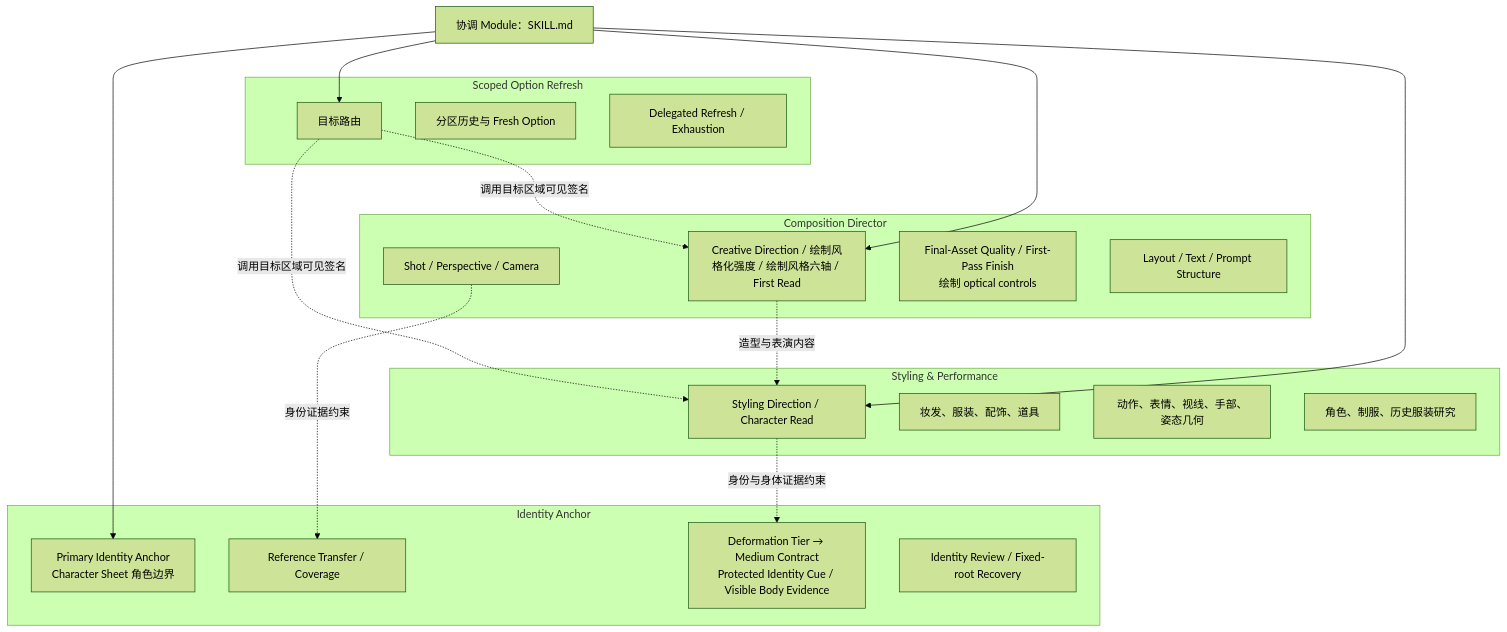
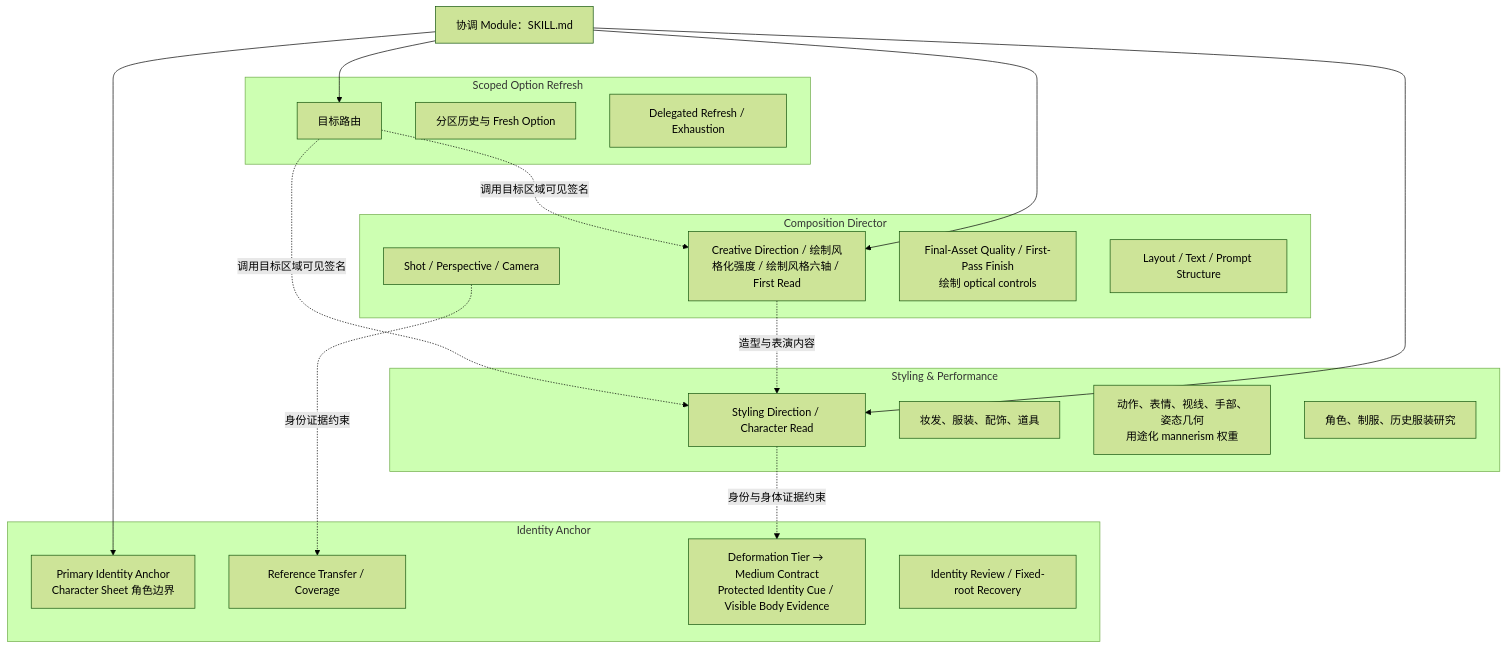
The second of 13 diagrams in docs/architecture.md (cyaoc/cast-me), drawn with Mermaid (forest theme) before and after one commit. The commit also changed other lines of this file and 5 other files, not shown here.

````diff
--- a/docs/architecture.md
+++ b/docs/architecture.md
@@ -64,41 +64,41 @@
 ```mermaid
 flowchart TB
     K["协调 Module：SKILL.md"]
 
     subgraph ID["Identity Anchor"]
         I1["Primary Identity Anchor<br/>Character Sheet 角色边界"]
         I2["Reference Transfer / Coverage"]
         I3["Deformation Tier → Medium Contract<br/>Protected Identity Cue / Visible Body Evidence"]
         I4["Identity Review / Fixed-root Recovery"]
     end
 
     subgraph COMP["Composition Director"]
         C1["Creative Direction / 绘制风格化强度 / 绘制风格六轴 / First Read"]
         C2["Shot / Perspective / Camera"]
         C3["Final-Asset Quality / First-Pass Finish<br/>绘制 optical controls"]
         C4["Layout / Text / Prompt Structure"]
     end
 
     subgraph STYLE["Styling & Performance"]
         S1["Styling Direction / Character Read"]
         S2["妆发、服装、配饰、道具"]
-        S3["动作、表情、视线、手部、姿态几何"]
+        S3["动作、表情、视线、手部、姿态几何<br/>用途化 mannerism 权重"]
         S4["角色、制服、历史服装研究"]
     end
 
     subgraph REFRESH["Scoped Option Refresh"]
         R1["目标路由"]
         R2["分区历史与 Fresh Option"]
         R3["Delegated Refresh / Exhaustion"]
     end
 
     K --> I1
     K --> C1
     K --> S1
     K --> R1
     C2 -.身份证据约束.-> I2
     S1 -.身份与身体证据约束.-> I3
     C1 -.造型与表演内容.-> S1
     R1 -.调用目标区域可见签名.-> C1
     R1 -.调用目标区域可见签名.-> S1
 ```
````
